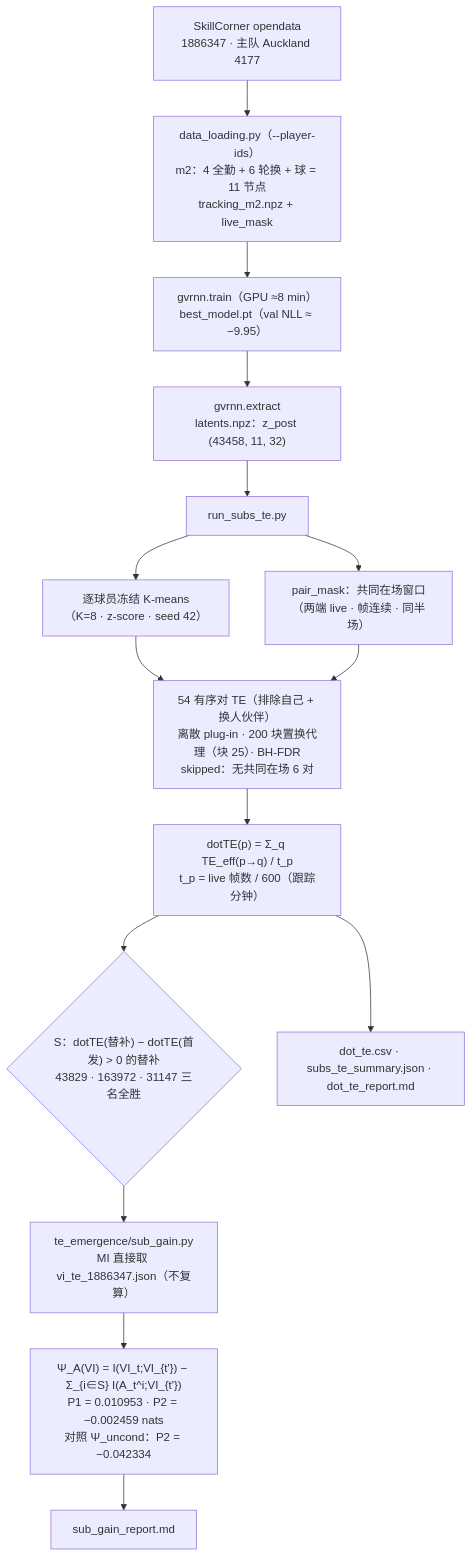
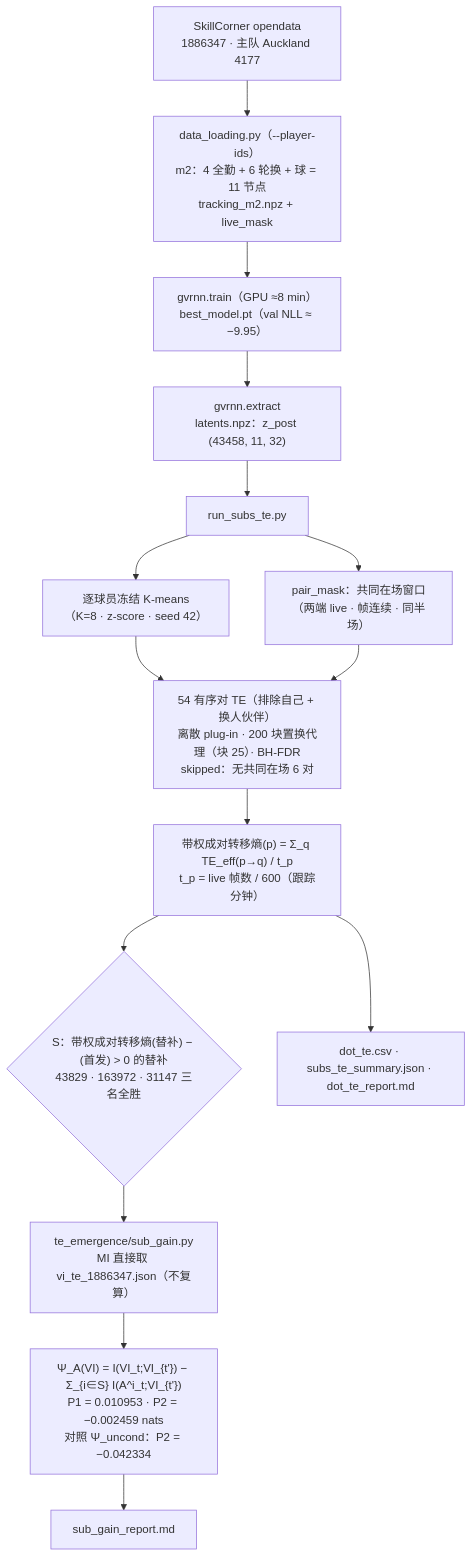
The diagram in PROTOCOL.md (han-jiahe/gvrnn-te), drawn with Mermaid before and after one commit. The commit also changed other lines of this file and 1 other file, not shown here.

First line of the commit message:
Rename dotTE to weighted pairwise TE（带权成对转移熵）and fix formula rendering

````diff
--- a/PROTOCOL.md
+++ b/PROTOCOL.md
@@ -243,17 +237,17 @@
 ```mermaid
 flowchart TD
   A["SkillCorner opendata<br/>1886347 · 主队 Auckland 4177"] --> B["data_loading.py（--player-ids）<br/>m2：4 全勤 + 6 轮换 + 球 = 11 节点<br/>tracking_m2.npz + live_mask"]
   B --> C["gvrnn.train（GPU ≈8 min）<br/>best_model.pt（val NLL ≈ −9.95）"]
   C --> D["gvrnn.extract<br/>latents.npz：z_post (43458, 11, 32)"]
   D --> E["run_subs_te.py"]
   E --> E1["逐球员冻结 K-means<br/>（K=8 · z-score · seed 42）"]
   E --> E2["pair_mask：共同在场窗口<br/>（两端 live · 帧连续 · 同半场）"]
   E1 --> F["54 有序对 TE（排除自己 + 换人伙伴）<br/>离散 plug-in · 200 块置换代理（块 25）· BH-FDR<br/>skipped：无共同在场 6 对"]
   E2 --> F
-  F --> G["dotTE(p) = Σ_q TE_eff(p→q) / t_p<br/>t_p = live 帧数 / 600（跟踪分钟）"]
-  G --> H{"S：dotTE(替补) − dotTE(首发) > 0 的替补<br/>43829 · 163972 · 31147 三名全胜"}
+  F --> G["带权成对转移熵(p) = Σ_q TE_eff(p→q) / t_p<br/>t_p = live 帧数 / 600（跟踪分钟）"]
+  G --> H{"S：带权成对转移熵(替补) − (首发) > 0 的替补<br/>43829 · 163972 · 31147 三名全胜"}
   G --> K["dot_te.csv · subs_te_summary.json · dot_te_report.md"]
   H --> I["te_emergence/sub_gain.py<br/>MI 直接取 vi_te_1886347.json（不复算）"]
-  I --> J["Ψ_A(VI) = I(VI_t;VI_{t'}) − Σ_{i∈S} I(A_t^i;VI_{t'})<br/>P1 = 0.010953 · P2 = −0.002459 nats<br/>对照 Ψ_uncond：P2 = −0.042334"]
+  I --> J["Ψ_A(VI) = I(VI_t;VI_{t'}) − Σ_{i∈S} I(A^i_t;VI_{t'})<br/>P1 = 0.010953 · P2 = −0.002459 nats<br/>对照 Ψ_uncond：P2 = −0.042334"]
   J --> L["sub_gain_report.md"]
 ```
````
